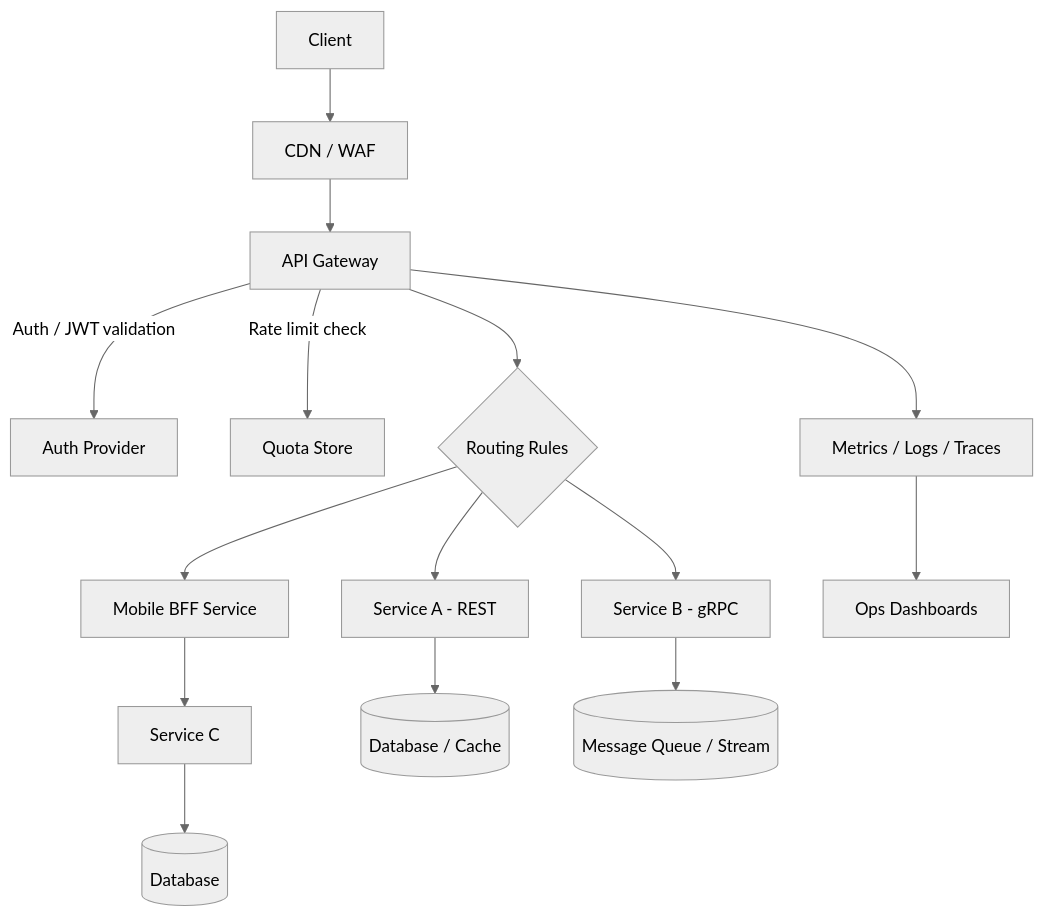
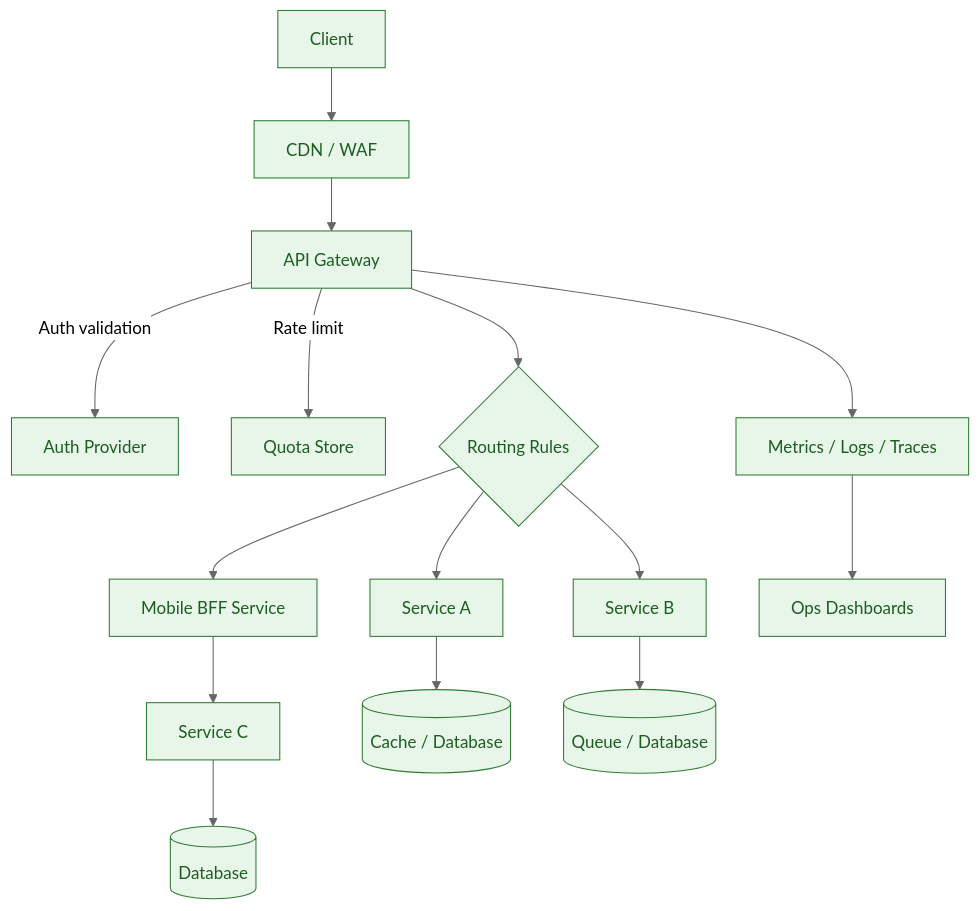
Before and after one commit to 1st/interview: the diagram in 07. System Design/diagrams/api_gateway_flow.md, drawn with Mermaid (neutral theme). The commit also changed other lines of this file and 9 other files, not shown here.

Commit message:
Updated diagrams

````diff
--- a/07. System Design/diagrams/api_gateway_flow.md
+++ b/07. System Design/diagrams/api_gateway_flow.md
@@ -3,17 +3,19 @@
 ```mermaid
 graph TD
+    classDef node fill:#e8f5e9,stroke:#2e7d32,color:#1b5e20;
+
     Client[Client] --> Edge[CDN / WAF]
     Edge --> Gateway[API Gateway]
-    Gateway -->|Auth / JWT validation| AuthService[Auth Provider]
-    Gateway -->|Rate limit check| QuotaService[Quota Store]
+    Gateway -->|Auth validation| AuthProvider[Auth Provider]
+    Gateway -->|Rate limit| QuotaStore[Quota Store]
     Gateway --> Router{Routing Rules}
-    Router --> ServiceA[Service A - REST]
-    Router --> ServiceB[Service B - gRPC]
+    Router --> ServiceA[Service A]
+    Router --> ServiceB[Service B]
     Router --> BFF[Mobile BFF Service]
     BFF --> ServiceC[Service C]
-    ServiceA --> DB1[(Database / Cache)]
-    ServiceB --> DB2[(Message Queue / Stream)]
-    ServiceC --> DB3[(Database)]
+    ServiceA --> CacheDB[(Cache / Database)]
+    ServiceB --> QueueStore[(Queue / Database)]
+    ServiceC --> ServiceDB[(Database)]
     Gateway --> Observability[Metrics / Logs / Traces]
-    Observability --> Ops[Ops Dashboards]
+    Observability --> OpsDash[Ops Dashboards]
 ```
````
